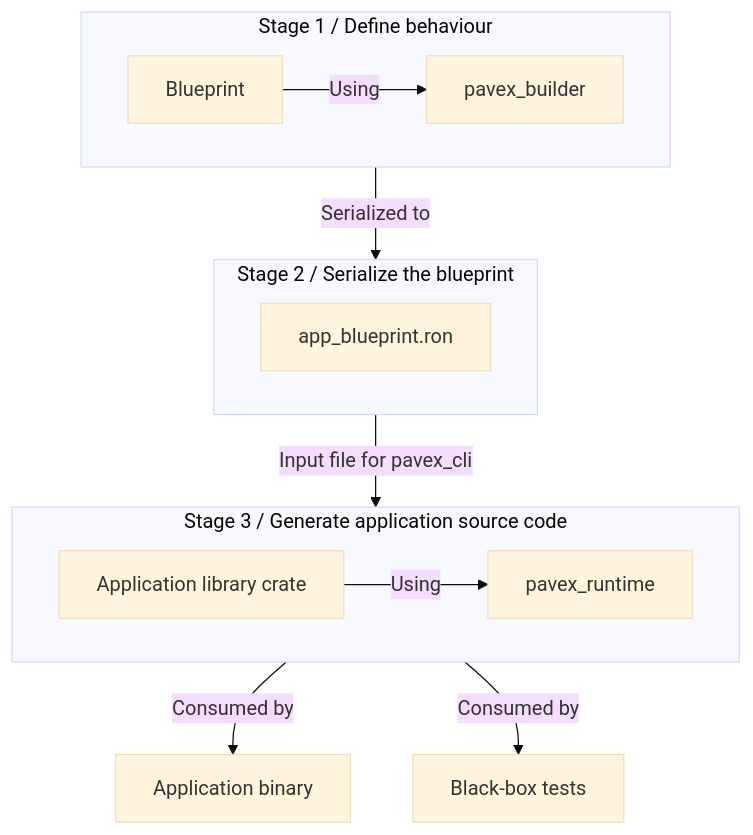
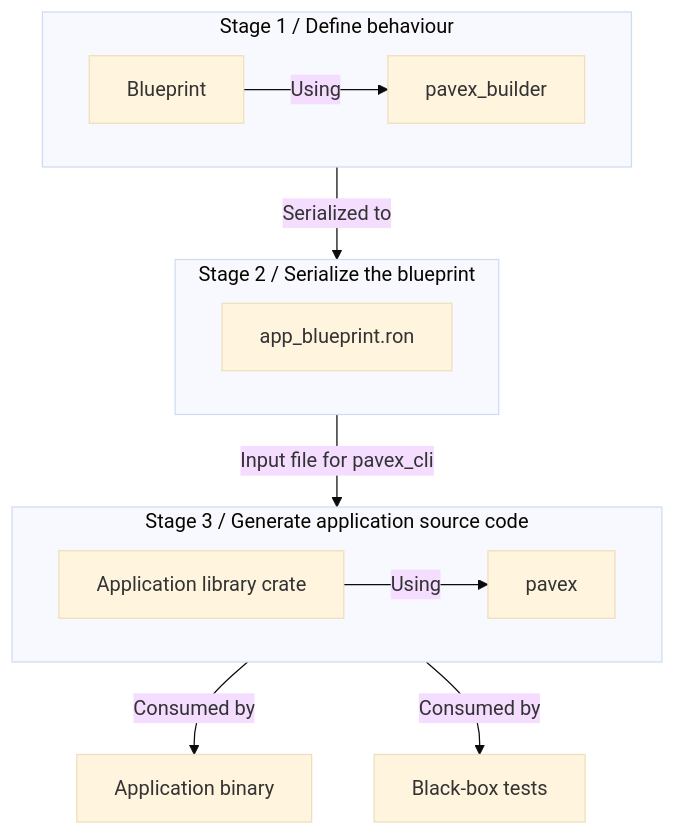
Before and after one commit to LukeMathWalker/pavex: the first of 3 diagrams in ARCHITECTURE.md, drawn with Mermaid (base theme). The commit also changed other lines of this file and 232 other files, not shown here.

Commit message:
Rename pavex to pavex, pavex_runtime to pavex

````diff
--- a/ARCHITECTURE.md
+++ b/ARCHITECTURE.md
@@ -16,27 +16,27 @@
 ```mermaid
 flowchart TB
     subgraph A["Stage 1 / Define behaviour"]
         direction LR
         app_b[Blueprint] -->|Using| pavex_builder[pavex_builder]
     end
 
     subgraph B["Stage 2 / Serialize the blueprint"]
         direction LR
         app_b_json["app_blueprint.ron"]
     end
 
     A -->|Serialized to| B
 
     B -->|Input file for pavex_cli| C
-    app_crate[Application library crate] -->|Using| pavex_runtime[pavex_runtime]
+    app_crate[Application library crate] -->|Using| pavex[pavex]
 
 
     subgraph C["Stage 3 / Generate application source code"]
         direction LR
         app_crate
-        pavex_runtime
+        pavex
     end
 
     C -->|Consumed by| app_binary[Application binary]
     C -->|Consumed by| tests[Black-box tests]
 ```
````
